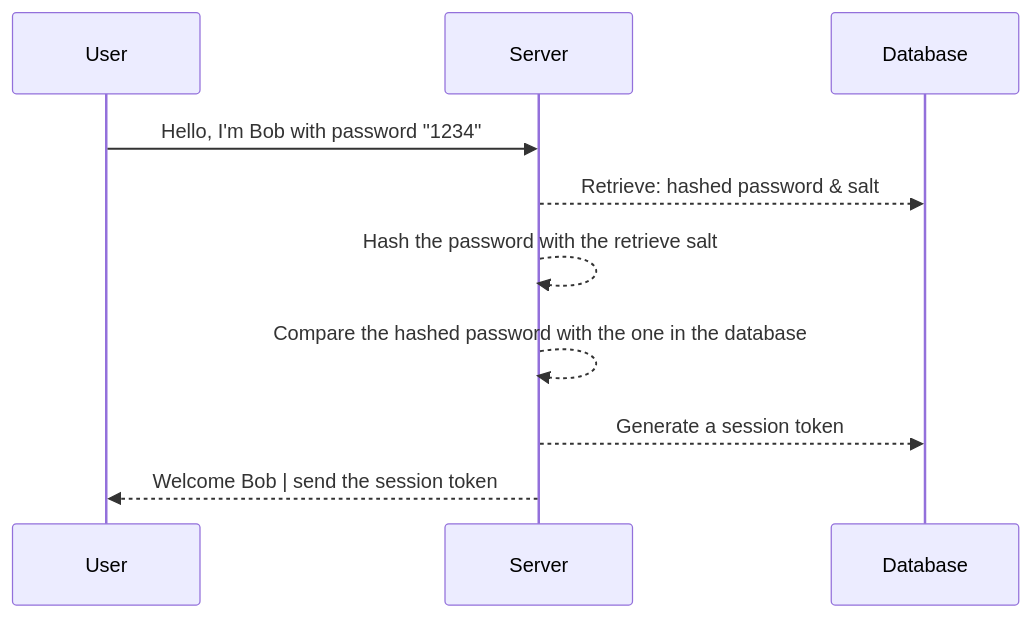
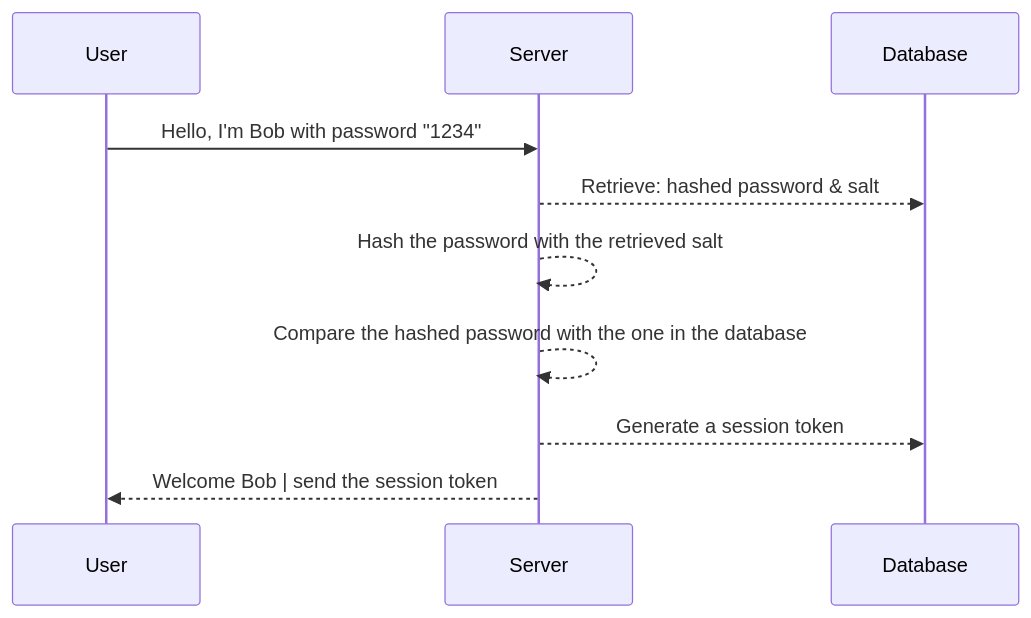
One commit to GuillaumeDorschner/ESILV-Cryptography-S8-1 changed the third of 5 diagrams in README.md. Above: the diagram before and after it, drawn with Mermaid. The commit also changed other lines of this file, not shown here.

````diff
--- a/README.md
+++ b/README.md
@@ -74,9 +79,9 @@
-```mermaid
-sequenceDiagram
-    User->>Server: Hello, I'm Bob with password "1234"
-    Server-->>Database: Retrieve: hashed password & salt
-    Server-->>Server: Hash the password with  the retrieve salt
-    Server-->>Server: Compare the hashed password with the one in the database
-    Server-->>Database: Generate a session token
-    Server-->>User: Welcome Bob | send the session token
-```
+    ```mermaid
+    sequenceDiagram
+        User->>Server: Hello, I'm Bob with password "1234"
+        Server-->>Database: Retrieve: hashed password & salt
+        Server-->>Server: Hash the password with the retrieved salt
+        Server-->>Server: Compare the hashed password with the one in the database
+        Server-->>Database: Generate a session token
+        Server-->>User: Welcome Bob | send the session token
+    ```
````
